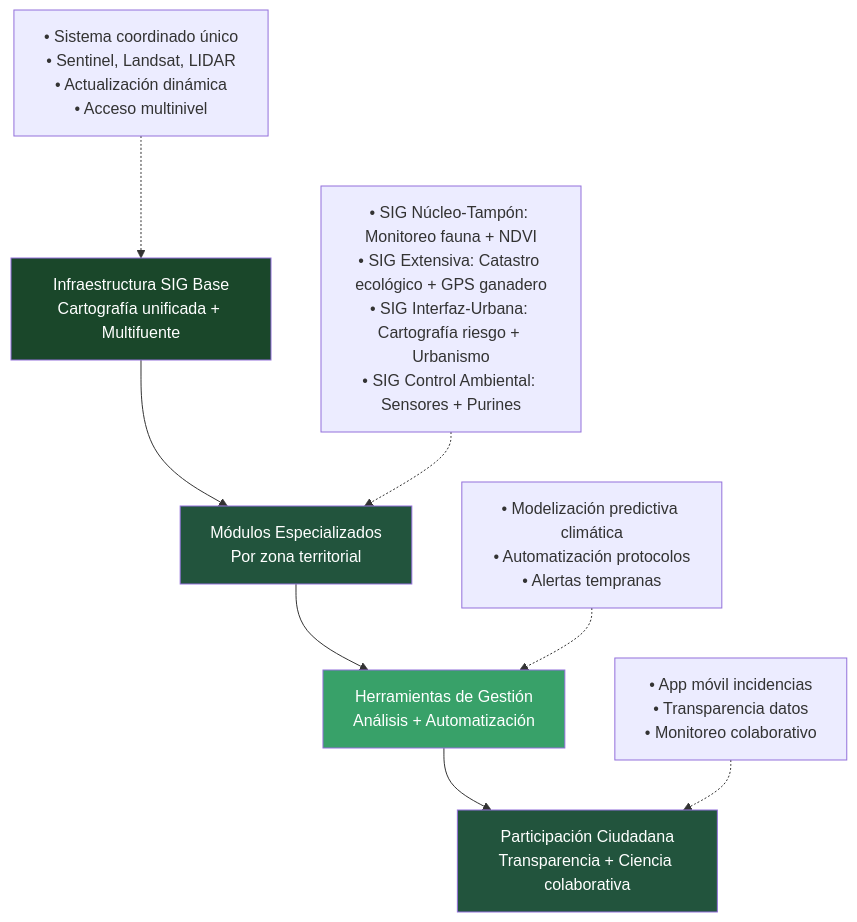
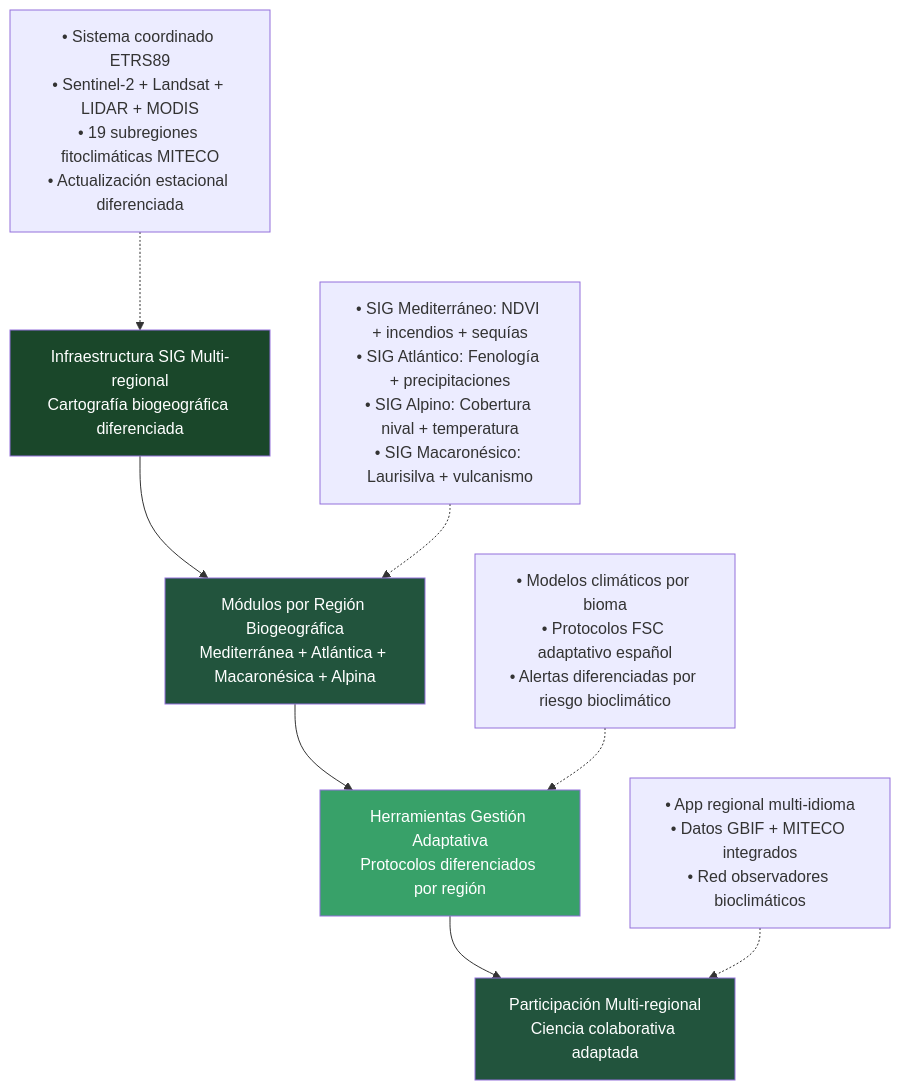
Before and after one commit to perpetuocambio/annotations: the sixth of 11 diagrams in politica/medioambiente/gestion-medioambiental.md, drawn with Mermaid. The commit also changed other lines of this file, not shown here.

````diff
--- a/politica/medioambiente/gestion-medioambiental.md
+++ b/politica/medioambiente/gestion-medioambiental.md
@@ -277,16 +361,16 @@
 ```mermaid
 flowchart TD
-    A["Infraestructura SIG Base<br/>Cartografía unificada + Multifuente"] --> B["Módulos Especializados<br/>Por zona territorial"]
-    B --> C["Herramientas de Gestión<br/>Análisis + Automatización"]
-    C --> D["Participación Ciudadana<br/>Transparencia + Ciencia colaborativa"]
+    A["Infraestructura SIG Multi-regional<br/>Cartografía biogeográfica diferenciada"] --> B["Módulos por Región Biogeográfica<br/>Mediterránea + Atlántica + Macaronésica + Alpina"]
+    B --> C["Herramientas Gestión Adaptativa<br/>Protocolos diferenciados por región"]
+    C --> D["Participación Multi-regional<br/>Ciencia colaborativa adaptada"]
     
-    A1["• Sistema coordinado único<br/>• Sentinel, Landsat, LIDAR<br/>• Actualización dinámica<br/>• Acceso multinivel"] -.-> A
-    B1["• SIG Núcleo-Tampón: Monitoreo fauna + NDVI<br/>• SIG Extensiva: Catastro ecológico + GPS ganadero<br/>• SIG Interfaz-Urbana: Cartografía riesgo + Urbanismo<br/>• SIG Control Ambiental: Sensores + Purines"] -.-> B
-    C1["• Modelización predictiva climática<br/>• Automatización protocolos<br/>• Alertas tempranas"] -.-> C
-    D1["• App móvil incidencias<br/>• Transparencia datos<br/>• Monitoreo colaborativo"] -.-> D
+    A1["• Sistema coordinado ETRS89<br/>• Sentinel-2 + Landsat + LIDAR + MODIS<br/>• 19 subregiones fitoclimáticas MITECO<br/>• Actualización estacional diferenciada"] -.-> A
+    B1["• SIG Mediterráneo: NDVI + incendios + sequías<br/>• SIG Atlántico: Fenología + precipitaciones<br/>• SIG Alpino: Cobertura nival + temperatura<br/>• SIG Macaronésico: Laurisilva + vulcanismo"] -.-> B
+    C1["• Modelos climáticos por bioma<br/>• Protocolos FSC adaptativo español<br/>• Alertas diferenciadas por riesgo bioclimático"] -.-> C
+    D1["• App regional multi-idioma<br/>• Datos GBIF + MITECO integrados<br/>• Red observadores bioclimáticos"] -.-> D
     
     style A fill:#1a472a,color:#fff
     style B fill:#22543d,color:#fff
     style C fill:#38a169,color:#fff
     style D fill:#22543d,color:#fff
 ```
````
